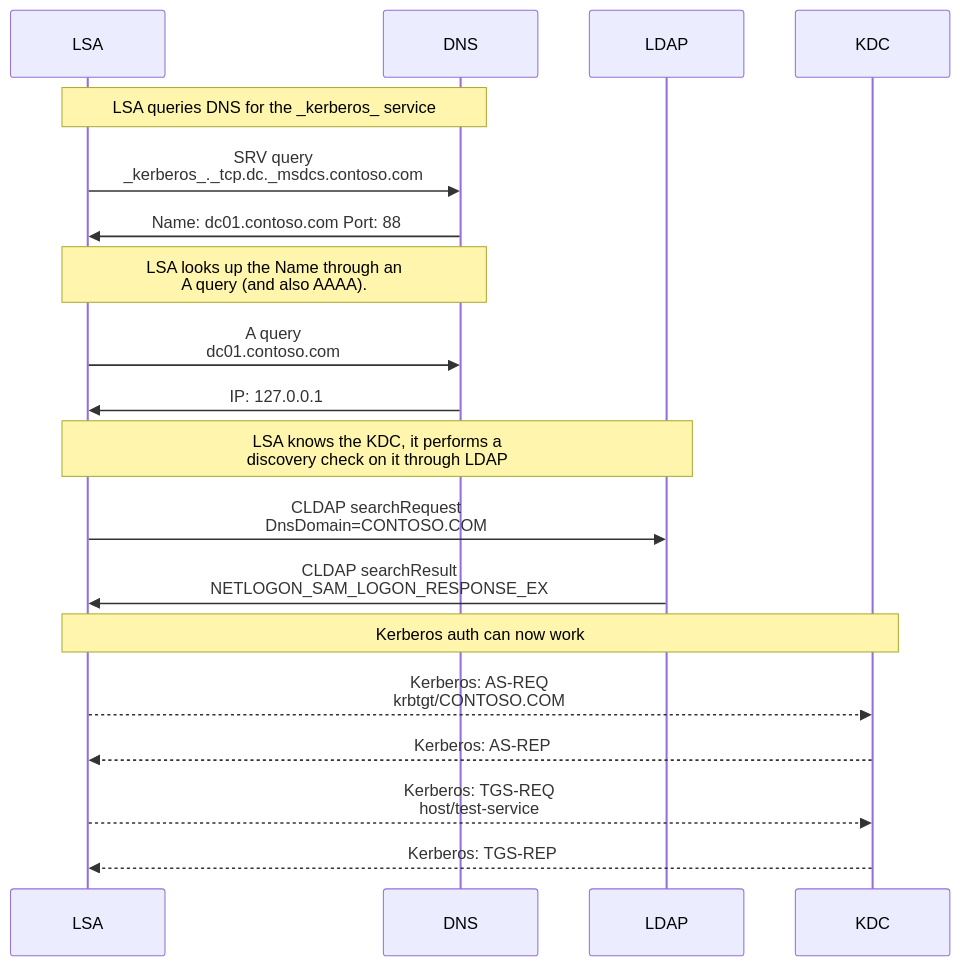
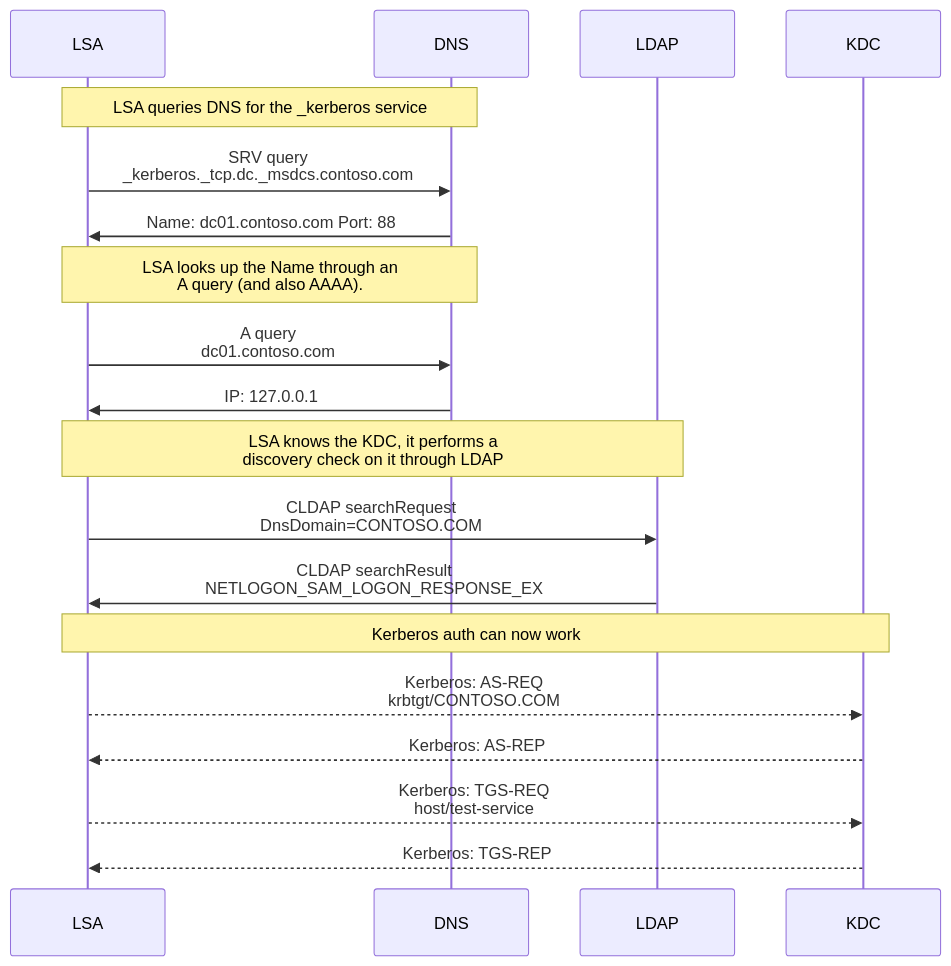
One commit to jborean93/LocalKdc changed the diagram in README.md. Above: the diagram before and after it, drawn with Mermaid. The commit also changed other lines of this file, not shown here.

Commit message:
Fix _kerberos SRV value in README

````diff
--- a/README.md
+++ b/README.md
@@ -47,21 +47,21 @@
 ```mermaid
 sequenceDiagram
     participant W as LSA
     participant D as DNS
     participant L as LDAP
     participant K as KDC
-    Note over W,D: LSA queries DNS for the _kerberos_ service
-    W->>D: SRV query<br/>_kerberos_._tcp.dc._msdcs.contoso.com
+    Note over W,D: LSA queries DNS for the _kerberos service
+    W->>D: SRV query<br/>_kerberos._tcp.dc._msdcs.contoso.com
     D->>W: Name: dc01.contoso.com Port: 88
     Note over W,D: LSA looks up the Name through an<br/>A query (and also AAAA).
     W->>D: A query<br/>dc01.contoso.com
     D->>W: IP: 127.0.0.1
     Note over W,L: LSA knows the KDC, it performs a<br/>discovery check on it through LDAP
     W->>L: CLDAP searchRequest<br/>DnsDomain=CONTOSO.COM
     L->>W: CLDAP searchResult<br/>NETLOGON_SAM_LOGON_RESPONSE_EX
     Note over W,K: Kerberos auth can now work
     W-->>K: Kerberos: AS-REQ<br/>krbtgt/CONTOSO.COM
     K-->>W: Kerberos: AS-REP
     W-->>K: Kerberos: TGS-REQ<br/>host/test-service
     K-->>W: Kerberos: TGS-REP
 ```
````
